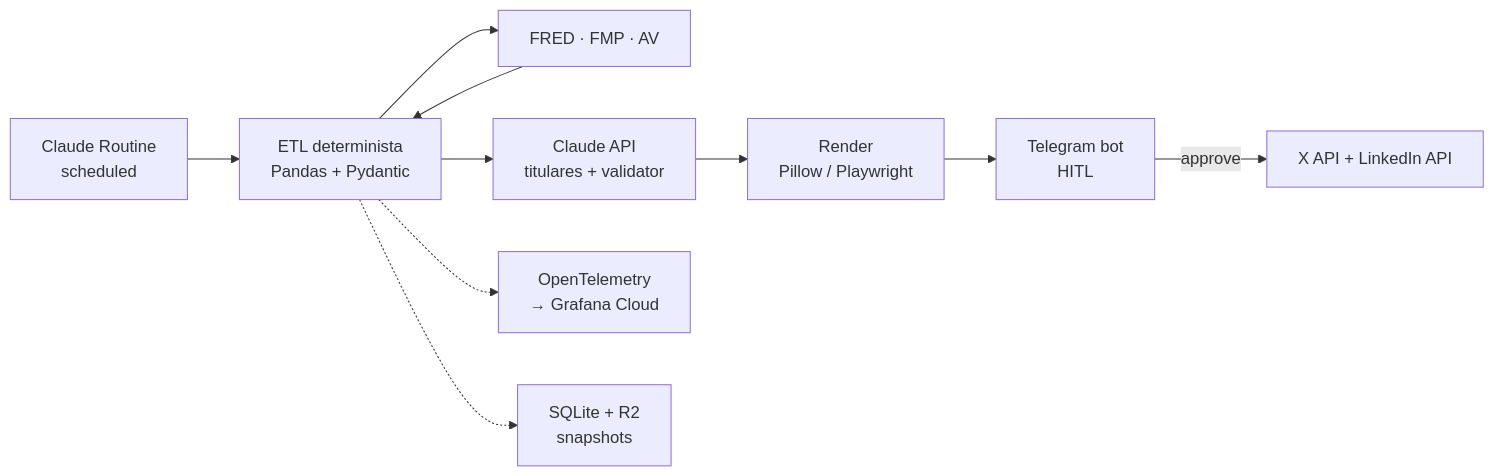
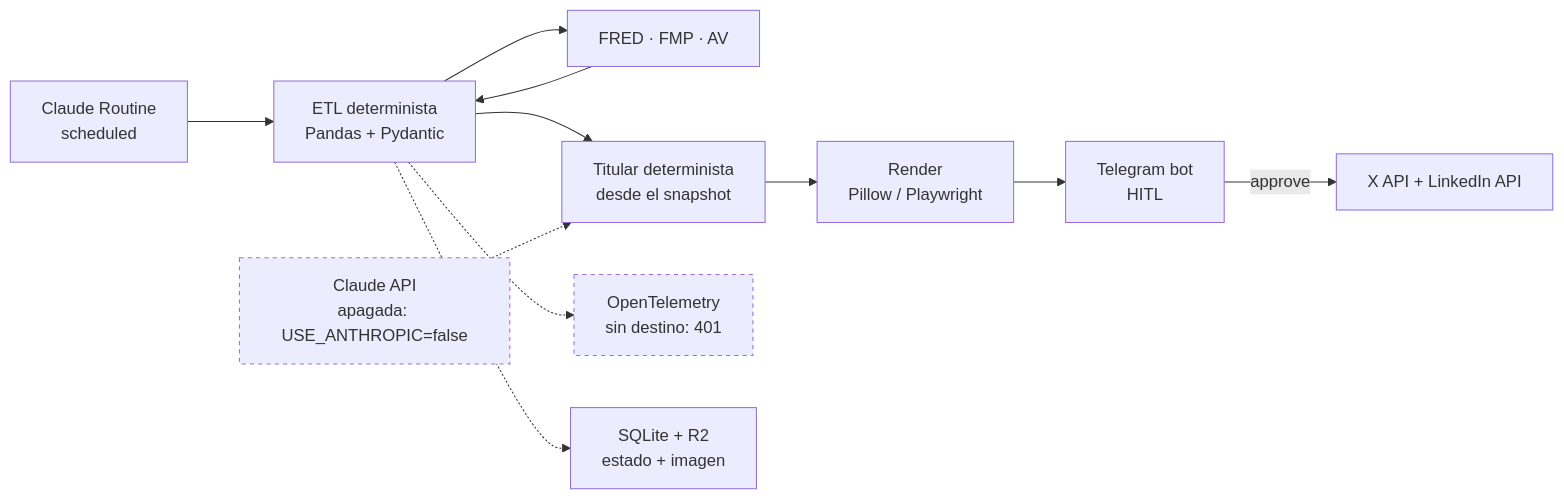
Before and after one commit to SimonChiabo/MacroPipeline: the diagram in README.md, drawn with Mermaid. The commit also changed other lines of this file and 2 other files, not shown here.

````diff
--- a/README.md
+++ b/README.md
@@ -33,12 +53,14 @@
 ```mermaid
 flowchart LR
     R[Claude Routine<br/>scheduled] --> ETL
     ETL[ETL determinista<br/>Pandas + Pydantic] --> APIs[FRED · FMP · AV]
     APIs --> ETL
-    ETL --> LLM[Claude API<br/>titulares + validator]
-    LLM --> Render[Render<br/>Pillow / Playwright]
+    ETL --> Titular[Titular determinista<br/>desde el snapshot]
+    LLM[Claude API<br/>apagada: USE_ANTHROPIC=false]:::off -.-> Titular
+    Titular --> Render[Render<br/>Pillow / Playwright]
     Render --> HITL[Telegram bot<br/>HITL]
     HITL -->|approve| Pub[X API + LinkedIn API]
-    ETL -.-> Obs[OpenTelemetry<br/>→ Grafana Cloud]
-    ETL -.-> Store[SQLite + R2<br/>snapshots]
+    ETL -.-> Obs[OpenTelemetry<br/>sin destino: 401]:::off
+    ETL -.-> Store[SQLite + R2<br/>estado + imagen]
+    classDef off stroke-dasharray: 4 4
 ```
````
